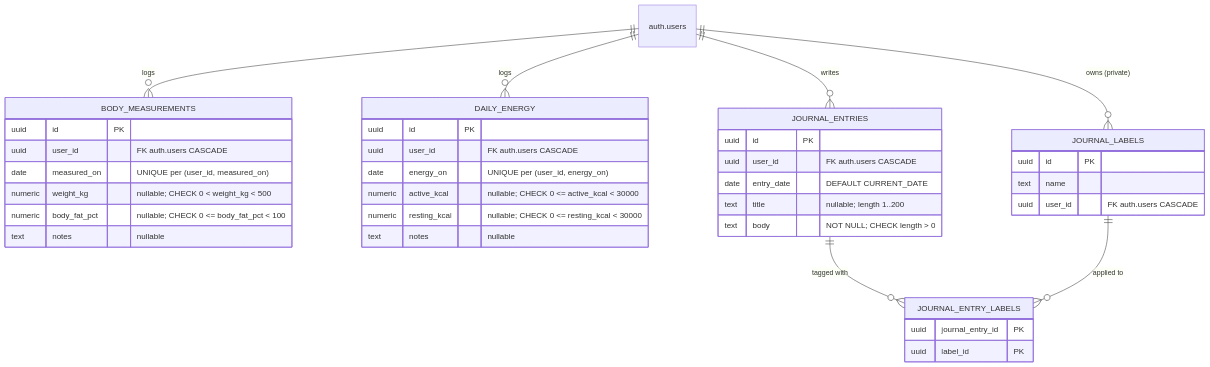
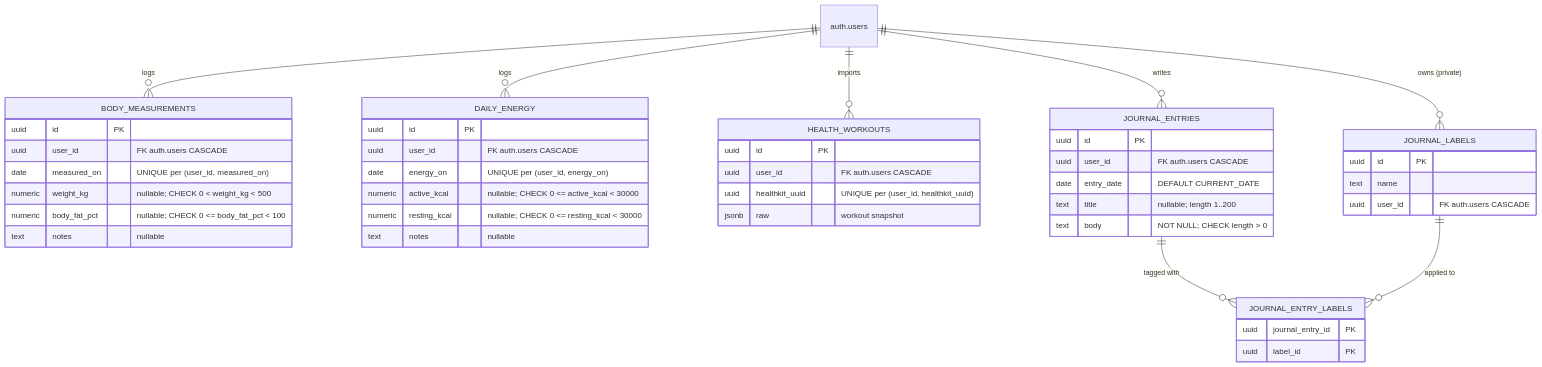
Before and after one commit to dbarrosop/neogym: the third of 4 diagrams in docs/developers/database.md, drawn with Mermaid. The commit also changed other lines of this file and 23 other files, not shown here.

First line of the commit message:
feat(ios): import Apple Health workouts as private raw snapshots (#38)

````diff
--- a/docs/developers/database.md
+++ b/docs/developers/database.md
@@ -124,49 +124,57 @@
 ```mermaid
 erDiagram
     USERS["auth.users"]
 
     BODY_MEASUREMENTS {
         uuid id PK
         uuid user_id "FK auth.users CASCADE"
         date measured_on "UNIQUE per (user_id, measured_on)"
         numeric weight_kg "nullable; CHECK 0 < weight_kg < 500"
         numeric body_fat_pct "nullable; CHECK 0 <= body_fat_pct < 100"
         text notes "nullable"
     }
 
     DAILY_ENERGY {
         uuid id PK
         uuid user_id "FK auth.users CASCADE"
         date energy_on "UNIQUE per (user_id, energy_on)"
         numeric active_kcal "nullable; CHECK 0 <= active_kcal < 30000"
         numeric resting_kcal "nullable; CHECK 0 <= resting_kcal < 30000"
         text notes "nullable"
     }
 
+    HEALTH_WORKOUTS {
+        uuid id PK
+        uuid user_id "FK auth.users CASCADE"
+        uuid healthkit_uuid "UNIQUE per (user_id, healthkit_uuid)"
+        jsonb raw "workout snapshot"
+    }
+
     JOURNAL_ENTRIES {
         uuid id PK
         uuid user_id "FK auth.users CASCADE"
         date entry_date "DEFAULT CURRENT_DATE"
         text title "nullable; length 1..200"
         text body "NOT NULL; CHECK length > 0"
     }
 
     JOURNAL_LABELS {
         uuid id PK
         text name
         uuid user_id "FK auth.users CASCADE"
     }
 
     JOURNAL_ENTRY_LABELS {
         uuid journal_entry_id PK
         uuid label_id PK
     }
 
     USERS ||--o{ BODY_MEASUREMENTS                : "logs"
+    USERS ||--o{ HEALTH_WORKOUTS                  : "imports"
     USERS ||--o{ DAILY_ENERGY                     : "logs"
     USERS ||--o{ JOURNAL_ENTRIES                  : "writes"
     USERS ||--o{ JOURNAL_LABELS                   : "owns (private)"
 
     JOURNAL_ENTRIES ||--o{ JOURNAL_ENTRY_LABELS   : "tagged with"
     JOURNAL_LABELS  ||--o{ JOURNAL_ENTRY_LABELS   : "applied to"
 ```
````
